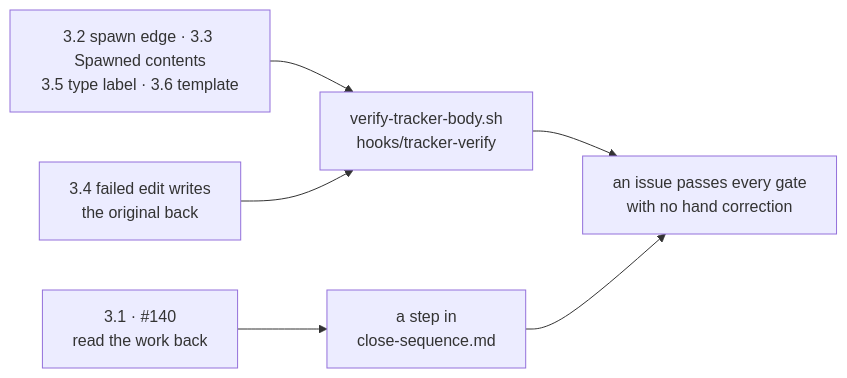
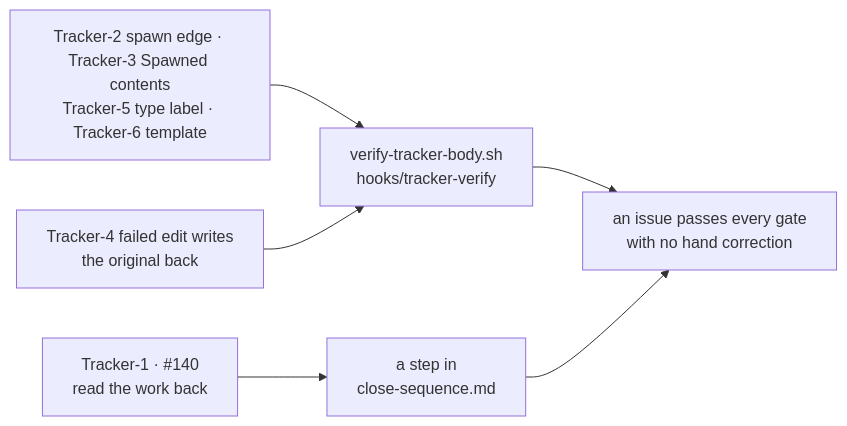
One commit to Calyx-Engineering/arc changed the fifth of 6 diagrams in docs/arc-work/04-dogfood/issue-plan.md. Above: the diagram before and after it, drawn with Mermaid. The commit also changed other lines of this file and 2 other files, not shown here.

````diff
--- a/docs/arc-work/04-dogfood/issue-plan.md
+++ b/docs/arc-work/04-dogfood/issue-plan.md
@@ -230,8 +176,8 @@
 ```mermaid
 flowchart LR
-    R["3.2 spawn edge · 3.3 Spawned contents<br/>3.5 type label · 3.6 template"] --> C["verify-tracker-body.sh<br/>hooks/tracker-verify"]
+    R["Tracker-2 spawn edge · Tracker-3 Spawned contents<br/>Tracker-5 type label · Tracker-6 template"] --> C["verify-tracker-body.sh<br/>hooks/tracker-verify"]
+    W["Tracker-4 failed edit writes<br/>the original back"] --> C
     C --> P["an issue passes every gate<br/>with no hand correction"]
-    W["3.4 failed edit writes<br/>the original back"] --> C
-    J["3.1 · #140<br/>read the work back"] --> CS["a step in<br/>close-sequence.md"]
+    J["Tracker-1 · #140<br/>read the work back"] --> CS["a step in<br/>close-sequence.md"]
     CS --> P
 ```
````
